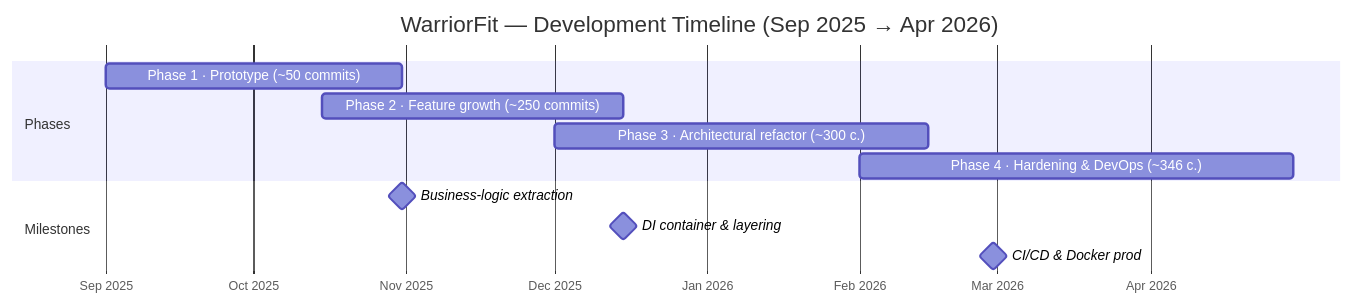
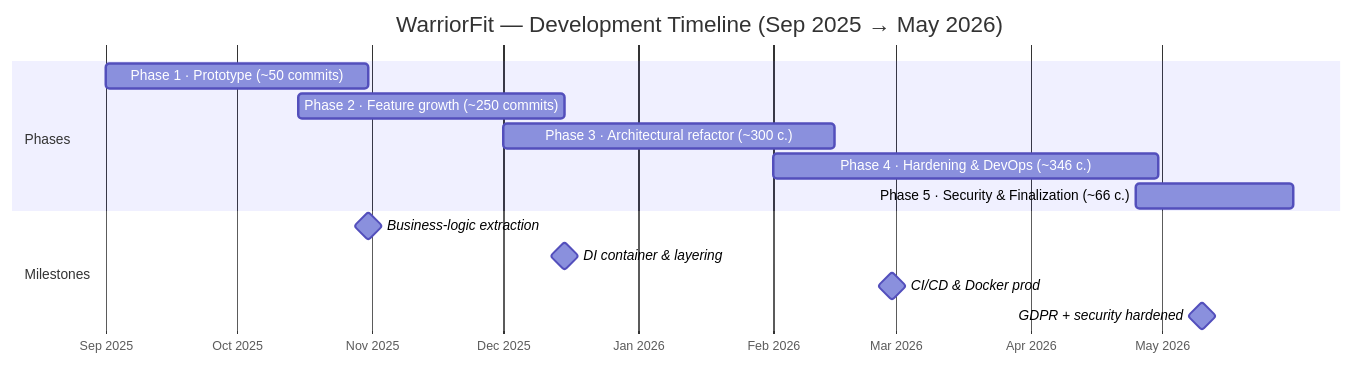
One commit to BenoitGoethals/WarriorFit changed the first of 3 diagrams in Readme.md. Above: the diagram before and after it, drawn with Mermaid. The commit also changed other lines of this file and 1 other file, not shown here.

First line of the commit message:
Update Readme: Reflect Phase 5 progress, security hardening, and compliance milestones

````diff
--- a/Readme.md
+++ b/Readme.md
@@ -110,17 +117,19 @@
 ```mermaid
 gantt
-    title WarriorFit — Development Timeline (Sep 2025 → Apr 2026)
+    title WarriorFit — Development Timeline (Sep 2025 → May 2026)
     dateFormat  YYYY-MM-DD
     axisFormat  %b %Y
 
     section Phases
     Phase 1 · Prototype (~50 commits)            :p1, 2025-09-01, 2025-10-31
     Phase 2 · Feature growth (~250 commits)      :p2, 2025-10-15, 2025-12-15
     Phase 3 · Architectural refactor (~300 c.)   :p3, 2025-12-01, 2026-02-15
     Phase 4 · Hardening & DevOps (~346 c.)       :p4, 2026-02-01, 2026-04-30
+    Phase 5 · Security & Finalization (~66 c.)   :p5, 2026-04-25, 2026-05-31
 
     section Milestones
     Business-logic extraction   :milestone, 2025-10-31, 0d
     DI container & layering     :milestone, 2025-12-15, 0d
     CI/CD & Docker prod         :milestone, 2026-02-28, 0d
+    GDPR + security hardened    :milestone, 2026-05-10, 0d
 ```
````
